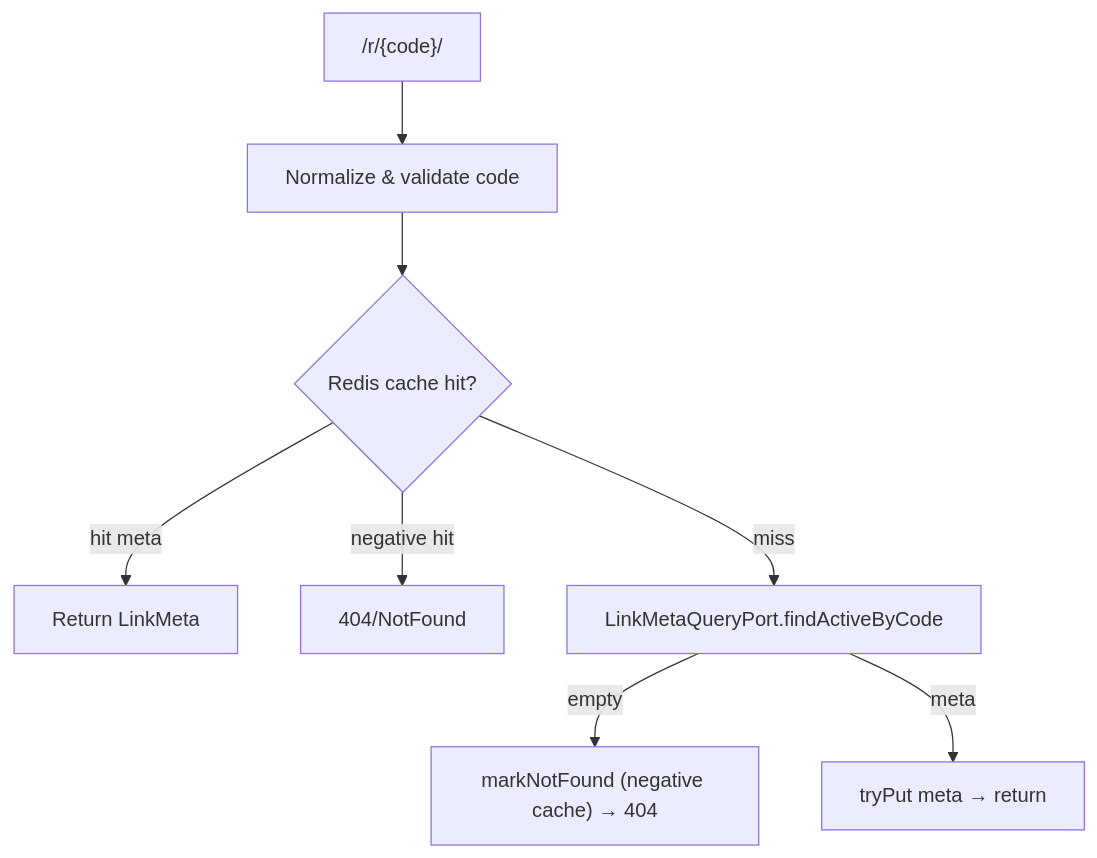
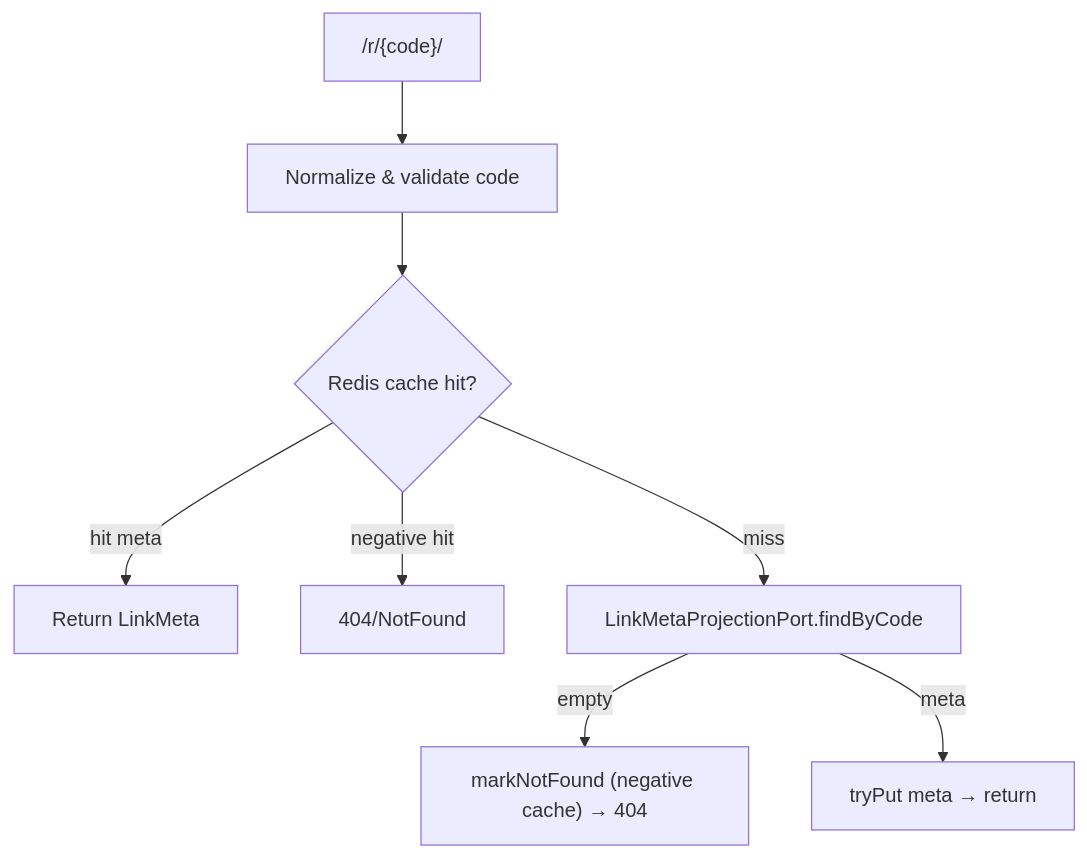
Before and after one commit to skt-shinyruo/LinkForge: the second of 2 diagrams in docs/architecture.md, drawn with Mermaid. The commit also changed other lines of this file and 2 other files, not shown here.

Commit message:
docs: update architecture and plans for deep DDD plan3

````diff
--- a/docs/architecture.md
+++ b/docs/architecture.md
@@ -214,10 +227,10 @@
 ```mermaid
 flowchart TD
   A["/r/{code}/"] --> B[Normalize & validate code]
   B --> C{Redis cache hit?}
   C -->|hit meta| D[Return LinkMeta]
   C -->|negative hit| E[404/NotFound]
-  C -->|miss| F[LinkMetaQueryPort.findActiveByCode]
+  C -->|miss| F[LinkMetaProjectionPort.findByCode]
   F -->|empty| G["markNotFound (negative cache) → 404"]
   F -->|meta| H["tryPut meta → return"]
 ```
````
